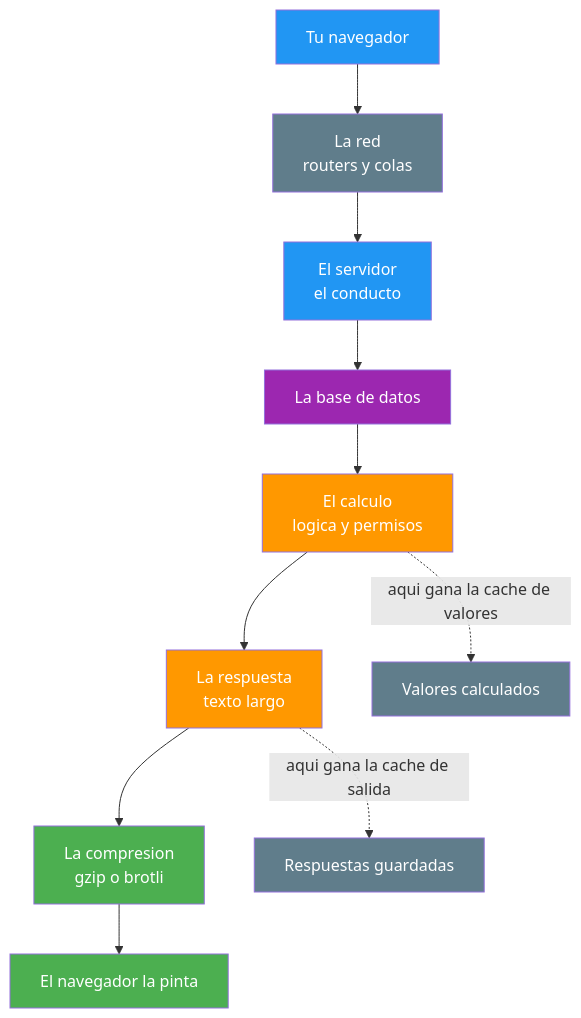
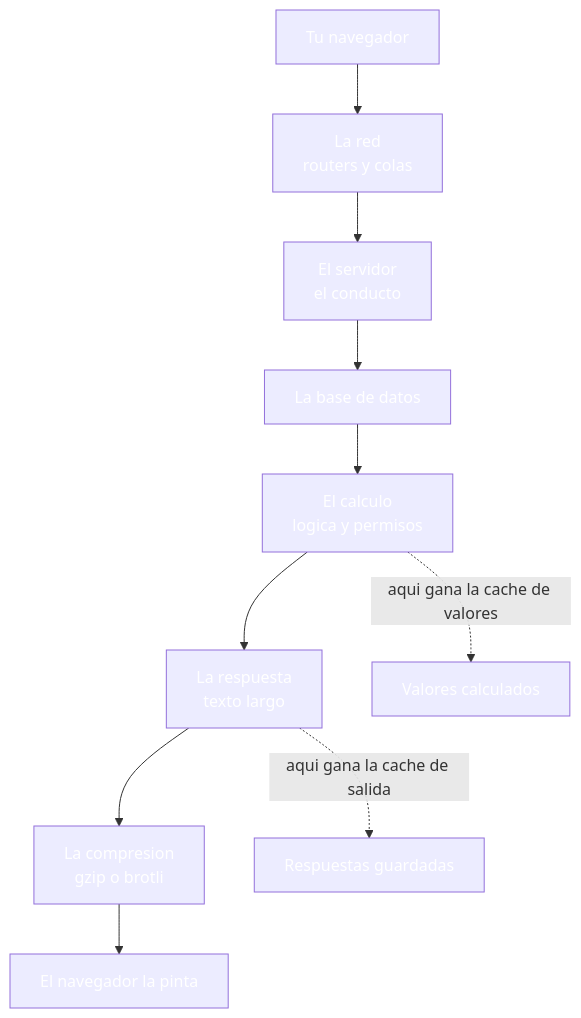
One commit to joseluisgs/DesarrolloWebEntornosServidor-03-2026-2027 changed the first of 6 diagrams in 21-optimizacion-rendimiento.md. Above: the diagram before and after it, drawn with Mermaid. The commit also changed other lines of this file and 30 other files, not shown here.

````diff
--- a/21-optimizacion-rendimiento.md
+++ b/21-optimizacion-rendimiento.md
@@ -49,22 +49,22 @@
 ```mermaid
 graph TD
     N["Tu navegador"] --> R["La red<br/>routers y colas"]
     R --> S["El servidor<br/>el conducto"]
     S --> B["La base de datos"]
     B --> C["El calculo<br/>logica y permisos"]
     C --> H["La respuesta<br/>texto largo"]
     H --> K["La compresion<br/>gzip o brotli"]
     K --> N2["El navegador la pinta"]
     C -.->|"aqui gana la cache de valores"| G1["Valores calculados"]
     H -.->|"aqui gana la cache de salida"| G2["Respuestas guardadas"]
-    style N fill:#2196F3,color:#fff
-    style R fill:#607D8B,color:#fff
-    style S fill:#2196F3,color:#fff
-    style B fill:#9C27B0,color:#fff
-    style C fill:#FF9800,color:#fff
-    style H fill:#FF9800,color:#fff
-    style K fill:#4CAF50,color:#fff
-    style N2 fill:#4CAF50,color:#fff
-    style G1 fill:#607D8B,color:#fff
-    style G2 fill:#607D8B,color:#fff
+    style N fill:#2196F,color:#fff3,color:#fff
+    style R fill:#607D8,color:#fffB,color:#fff
+    style S fill:#2196F,color:#fff3,color:#fff
+    style B fill:#9C27B,color:#fff0,color:#fff
+    style C fill:#FF980,color:#fff0,color:#fff
+    style H fill:#FF980,color:#fff0,color:#fff
+    style K fill:#4CAF5,color:#fff0,color:#fff
+    style N2 fill:#4CAF5,color:#fff0,color:#fff
+    style G1 fill:#607D8,color:#fffB,color:#fff
+    style G2 fill:#607D8,color:#fffB,color:#fff
 ```
````
